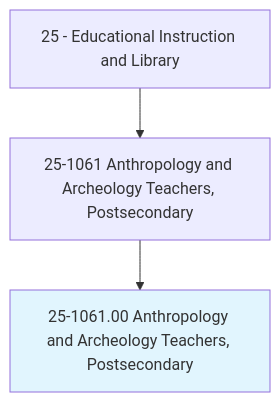
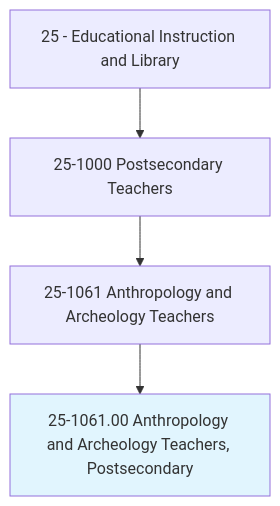
Before and after one commit to kziemski/business.org.ai: the first of 4 diagrams in occupations/Education/AnthropologyAndArcheologyTeachersPostsecondary.mdx, drawn with Mermaid. The commit also changed other lines of this file and 938 other files, not shown here.

````diff
--- a/occupations/Education/AnthropologyAndArcheologyTeachersPostsecondary.mdx
+++ b/occupations/Education/AnthropologyAndArcheologyTeachersPostsecondary.mdx
@@ -19,6 +23,7 @@
 ```mermaid
 graph TD
-    Cat25["25 - Educational Instruction and Library"] --> Group251061["25-1061 Anthropology and Archeology Teachers, Postsecondary"]
+    Cat25["25 - Educational Instruction and Library"] --> Group251["25-1000 Postsecondary Teachers"]
+    Group251 --> Group251061["25-1061 Anthropology and Archeology Teachers"]
     Group251061 --> Current["25-1061.00 Anthropology and Archeology Teachers, Postsecondary"]
     style Current fill:#e1f5fe
 ```
````
